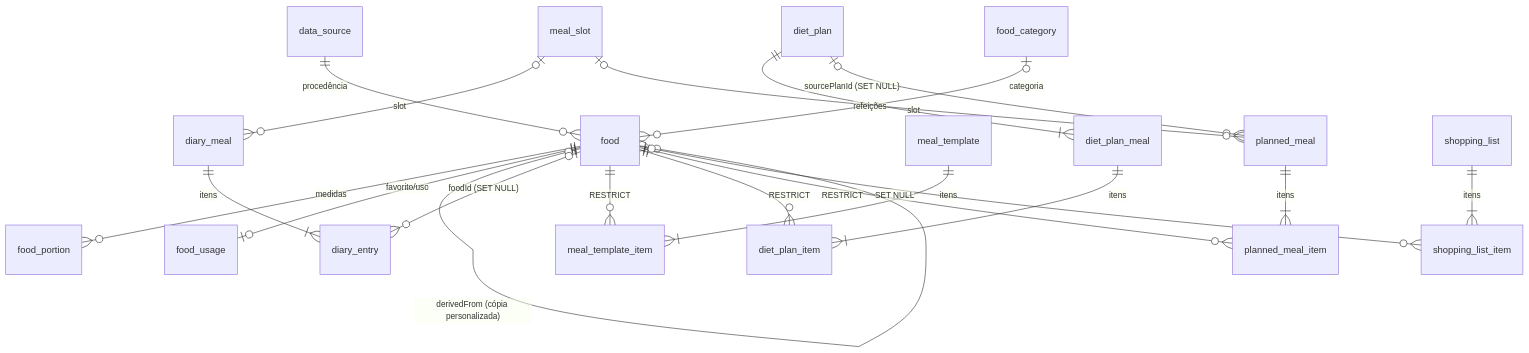
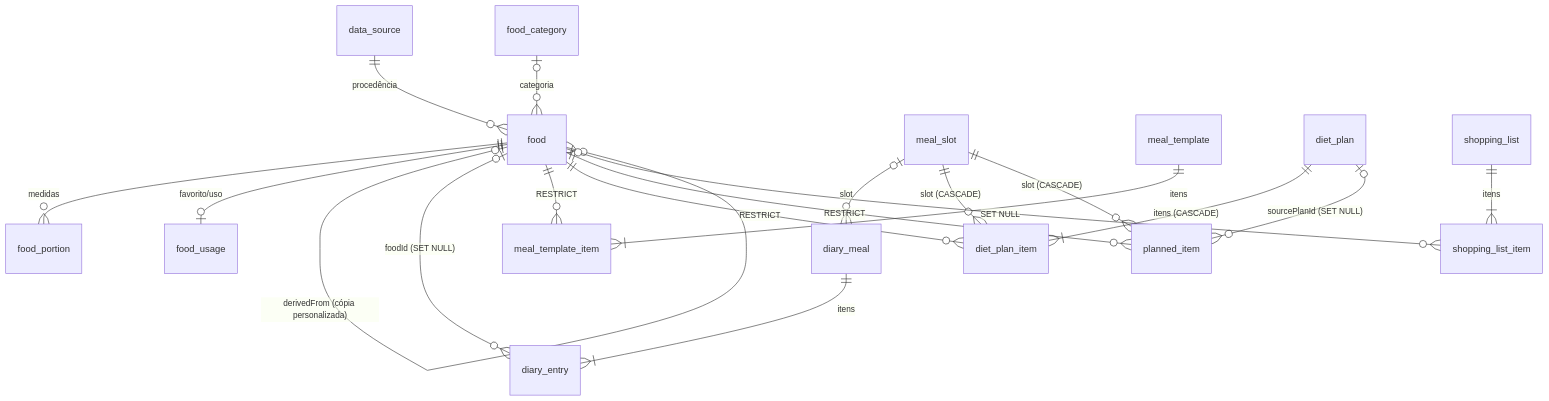
Before and after one commit to lucasanso/calories-apk: the diagram in docs/02-banco-de-dados.md, drawn with Mermaid. The commit also changed other lines of this file and 26 other files, not shown here.

````diff
--- a/docs/02-banco-de-dados.md
+++ b/docs/02-banco-de-dados.md
@@ -41,27 +43,26 @@
 ```mermaid
 erDiagram
     data_source ||--o{ food : "procedência"
     food_category |o--o{ food : "categoria"
     food ||--o{ food_portion : "medidas"
     food ||--o| food_usage : "favorito/uso"
     food |o--o{ food : "derivedFrom (cópia personalizada)"
 
     meal_slot |o--o{ diary_meal : "slot"
     diary_meal ||--|{ diary_entry : "itens"
     food |o--o{ diary_entry : "foodId (SET NULL)"
 
     meal_template ||--|{ meal_template_item : "itens"
     food ||--o{ meal_template_item : "RESTRICT"
 
-    diet_plan ||--|{ diet_plan_meal : "refeições"
-    diet_plan_meal ||--|{ diet_plan_item : "itens"
+    diet_plan ||--|{ diet_plan_item : "itens (CASCADE)"
+    meal_slot ||--o{ diet_plan_item : "slot (CASCADE)"
     food ||--o{ diet_plan_item : "RESTRICT"
 
-    diet_plan |o--o{ planned_meal : "sourcePlanId (SET NULL)"
-    meal_slot |o--o{ planned_meal : "slot"
-    planned_meal ||--|{ planned_meal_item : "itens"
-    food ||--o{ planned_meal_item : "RESTRICT"
+    diet_plan |o--o{ planned_item : "sourcePlanId (SET NULL)"
+    meal_slot ||--o{ planned_item : "slot (CASCADE)"
+    food ||--o{ planned_item : "RESTRICT"
 
     shopping_list ||--|{ shopping_list_item : "itens"
     food |o--o{ shopping_list_item : "SET NULL"
 ```
````
